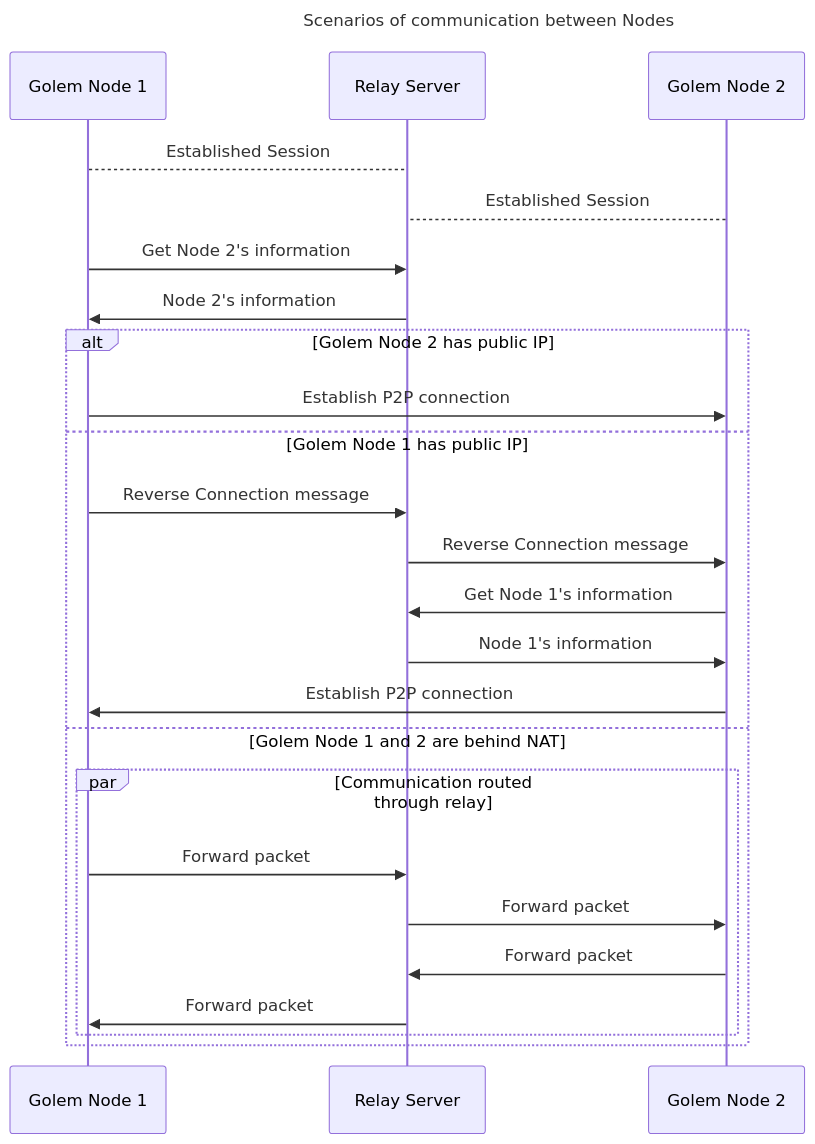
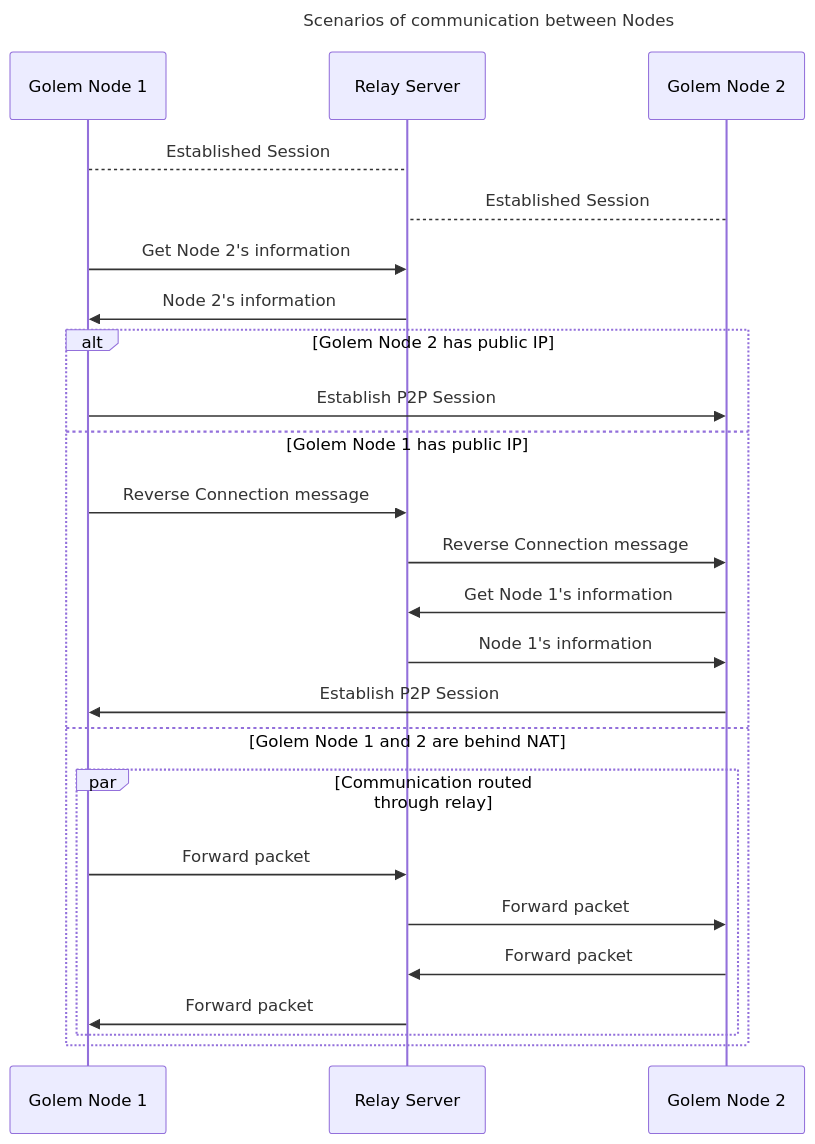
Before and after one commit to golemfactory/golem-architecture: the tenth of 21 diagrams in arch-snapshot/arch.md, drawn with Mermaid. The commit also changed other lines of this file, not shown here.

Commit message:
Apply distinctions between connection and session; Broadcastign terminology

````diff
--- a/arch-snapshot/arch.md
+++ b/arch-snapshot/arch.md
@@ -828,34 +832,34 @@
 ```mermaid
 ---
 title: Scenarios of communication between Nodes   
 ---
 sequenceDiagram
     participant GolemNode1 as Golem Node 1
     participant RelayServer as Relay Server
     participant GolemNode2 as Golem Node 2
 
     GolemNode1-->RelayServer: Established Session
-    GolemNode2-->RelayServer: Established  Session
+    GolemNode2-->RelayServer: Established Session
 
     GolemNode1->>RelayServer: Get Node 2's information
     RelayServer->>GolemNode1: Node 2's information
     
     alt Golem Node 2 has public IP
-        GolemNode1->>GolemNode2: Establish P2P connection
+        GolemNode1->>GolemNode2: Establish P2P Session
     else Golem Node 1 has public IP
         GolemNode1->>RelayServer: Reverse Connection message
         RelayServer->>GolemNode2: Reverse Connection message
 
         GolemNode2->>RelayServer: Get Node 1's information
         RelayServer->>GolemNode2: Node 1's information
         
-        GolemNode2->>GolemNode1: Establish P2P connection
+        GolemNode2->>GolemNode1: Establish P2P Session
     else Golem Node 1 and 2 are behind NAT
         par Communication routed through relay
           GolemNode1->>RelayServer: Forward packet
           RelayServer->>GolemNode2: Forward packet
           GolemNode2->>RelayServer: Forward packet
           RelayServer->>GolemNode1: Forward packet 
         end
     end
 ```
````
